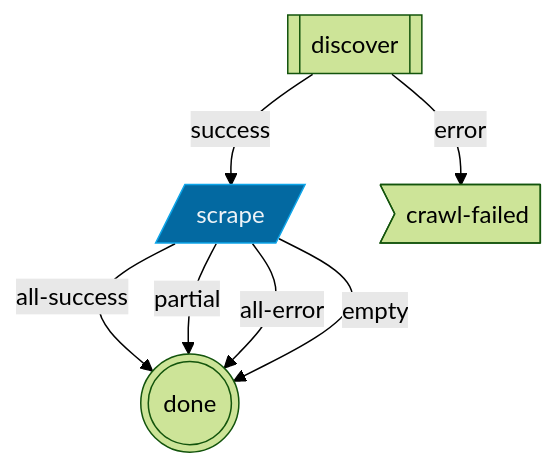
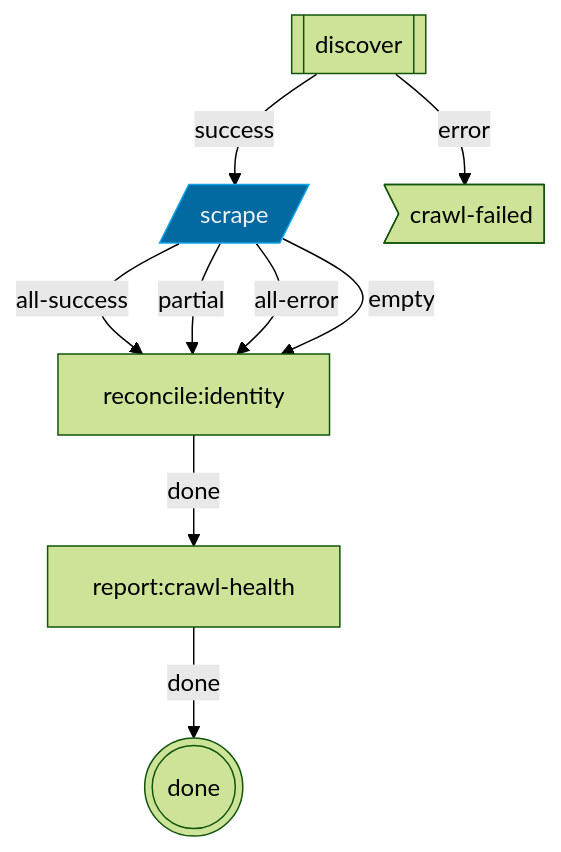
One commit to Studnicky/PathRipper changed the diagram in docs/_generated/aonprdCrawlDAG.mmd. Above: the diagram before and after it, drawn with Mermaid (forest theme). The commit also changed 13 other files, not shown here.

```diff
--- a/docs/_generated/aonprdCrawlDAG.mmd
+++ b/docs/_generated/aonprdCrawlDAG.mmd
@@ -1,15 +1,19 @@
 flowchart TB
   %% aonprd:crawl (v1.0)
   discover
   discover[[discover]]
   discover -->|success| scrape
   discover -->|error| crawl-failed
   scrape[/scrape/]
-  scrape -->|all-success| done
-  scrape -->|partial| done
-  scrape -->|all-error| done
-  scrape -->|empty| done
+  scrape -->|all-success| reconcile_identity
+  scrape -->|partial| reconcile_identity
+  scrape -->|all-error| reconcile_identity
+  scrape -->|empty| reconcile_identity
+  reconcile_identity[reconcile:identity]
+  reconcile_identity -->|done| report_crawl-health
+  report_crawl-health[report:crawl-health]
+  report_crawl-health -->|done| done
   done(((done)))
   crawl-failed>crawl-failed]
   classDef contained-worker fill:#0369a1,stroke:#0ea5e9,color:#eef3f7
   class scrape contained-worker
```
